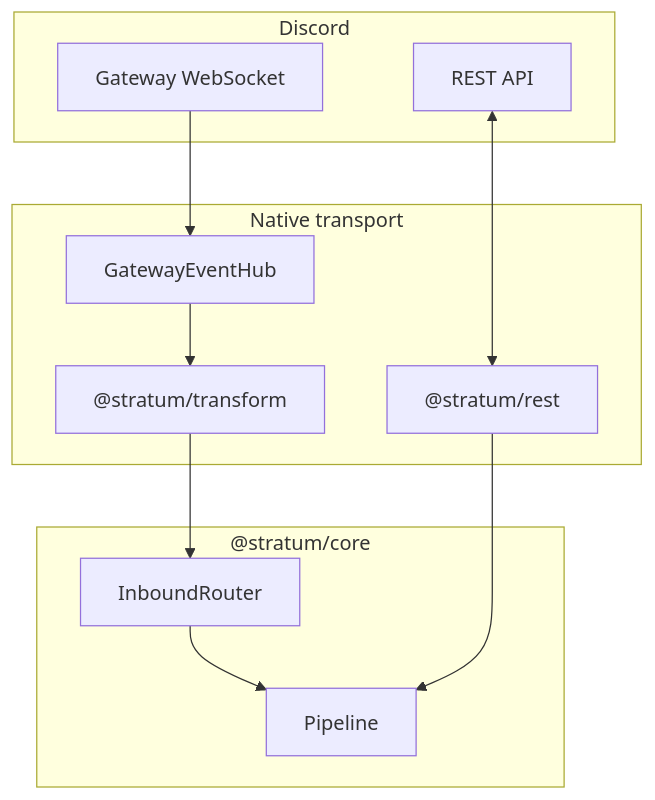
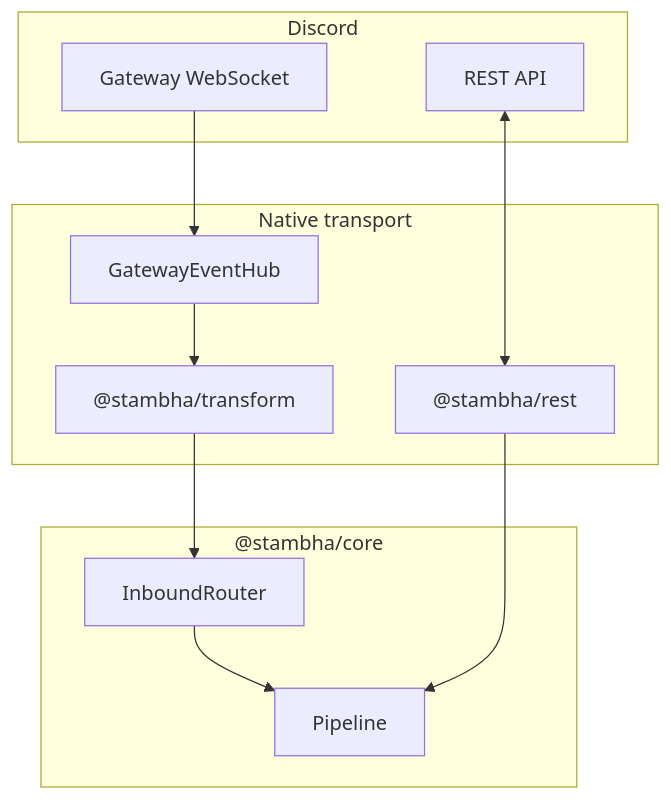
One commit to Mivaya/Stratum changed the diagram in README.md. Above: the diagram before and after it, drawn with Mermaid. The commit also changed other lines of this file and 190 other files, not shown here.

First line of the commit message:
Add core Stambha client and bot creation functionality

````diff
--- a/README.md
+++ b/README.md
@@ -91,23 +91,23 @@
 ```mermaid
 flowchart TB
     subgraph Discord["Discord"]
         GW["Gateway WebSocket"]
         API["REST API"]
     end
 
     subgraph Native["Native transport"]
         GWH["GatewayEventHub"]
-        REST["@stratum/rest"]
-        TR["@stratum/transform"]
+        REST["@stambha/rest"]
+        TR["@stambha/transform"]
     end
 
-    subgraph Core["@stratum/core"]
+    subgraph Core["@stambha/core"]
         IR["InboundRouter"]
         PL["Pipeline"]
     end
 
     GW --> GWH
     API <--> REST
     GWH --> TR --> IR --> PL
     REST --> PL
 ```
````
